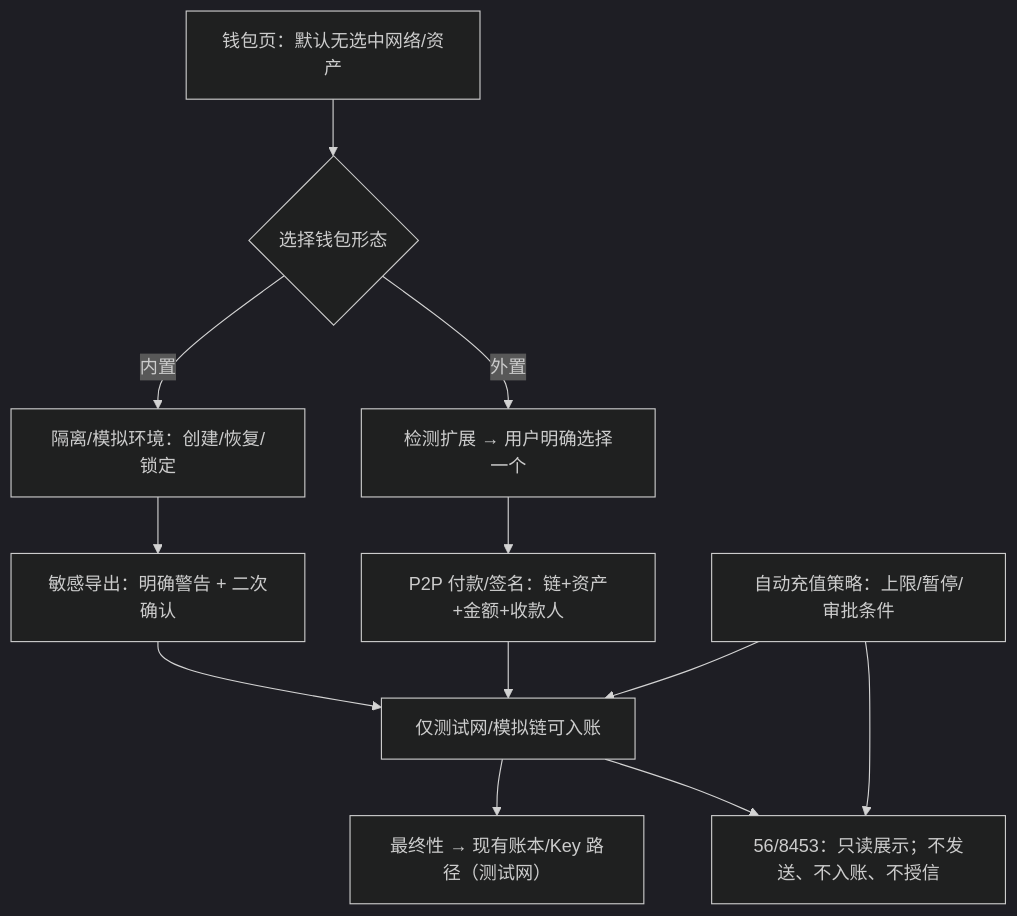
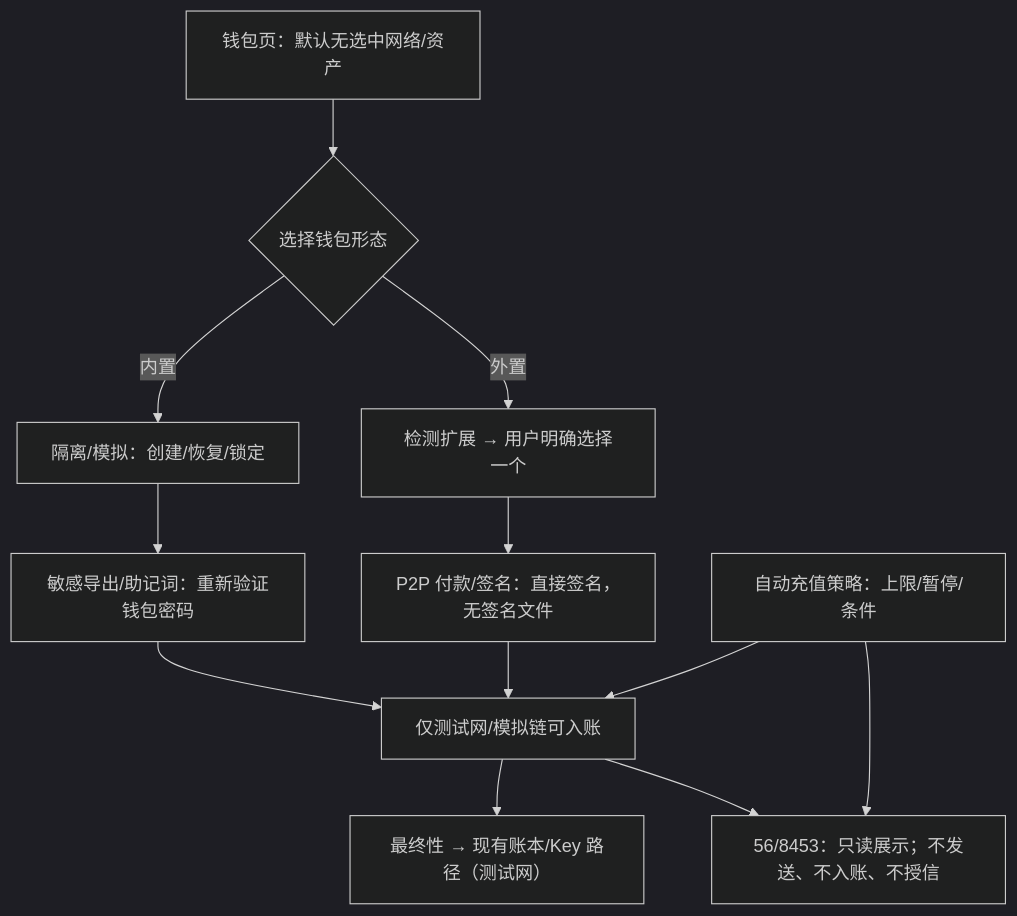
One commit to faithleysath/magpie-oh-my-aihub changed the fifth of 7 diagrams in docs/phase10/FLOWS.md. Above: the diagram before and after it, drawn with Mermaid (dark theme). The commit also changed other lines of this file and 2 other files, not shown here.

````diff
--- a/docs/phase10/FLOWS.md
+++ b/docs/phase10/FLOWS.md
@@ -192,14 +206,14 @@
 ```mermaid
 flowchart TD
   W0["钱包页：默认无选中网络/资产"] --> W1{"选择钱包形态"}
-  W1 -->|内置| W2["隔离/模拟环境：创建/恢复/锁定"]
+  W1 -->|内置| W2["隔离/模拟：创建/恢复/锁定"]
   W1 -->|外置| W3["检测扩展 → 用户明确选择一个"]
-  W2 --> W4["敏感导出：明确警告 + 二次确认"]
-  W3 --> W5["P2P 付款/签名：链+资产+金额+收款人"]
+  W2 --> W4["敏感导出/助记词：重新验证钱包密码"]
+  W3 --> W5["P2P 付款/签名：直接签名，无签名文件"]
   W4 --> W6["仅测试网/模拟链可入账"]
   W5 --> W6
   W6 --> W7["最终性 → 现有账本/Key 路径（测试网）"]
   W6 --> W8["56/8453：只读展示；不发送、不入账、不授信"]
-  W9["自动充值策略：上限/暂停/审批条件"] --> W6
+  W9["自动充值策略：上限/暂停/条件"] --> W6
   W9 --> W8
 ```
````
